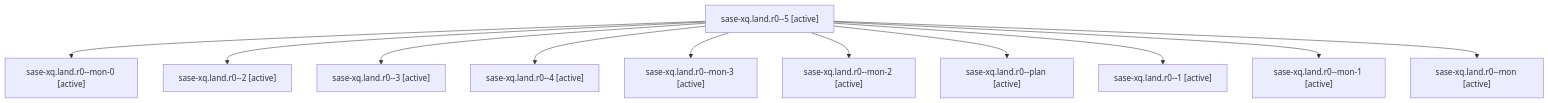
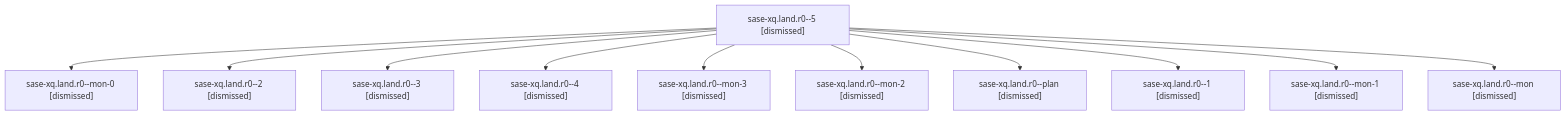
Before and after one commit to sase-org/sase--agents: the diagram in sessions/bbugyi200.athena.sase-xq.land.r0.md, drawn with Mermaid. The commit also changed other lines of this file and 323 other files, not shown here.

````diff
--- a/sessions/bbugyi200.athena.sase-xq.land.r0.md
+++ b/sessions/bbugyi200.athena.sase-xq.land.r0.md
@@ -9,24 +9,24 @@
 ```mermaid
 flowchart TD
-  n0["sase-xq.land.r0--5 [active]"]
-  n1["sase-xq.land.r0--mon-0 [active]"]
+  n0["sase-xq.land.r0--5 [dismissed]"]
+  n1["sase-xq.land.r0--mon-0 [dismissed]"]
   n0 --> n1
-  n2["sase-xq.land.r0--2 [active]"]
+  n2["sase-xq.land.r0--2 [dismissed]"]
   n0 --> n2
-  n3["sase-xq.land.r0--3 [active]"]
+  n3["sase-xq.land.r0--3 [dismissed]"]
   n0 --> n3
-  n4["sase-xq.land.r0--4 [active]"]
+  n4["sase-xq.land.r0--4 [dismissed]"]
   n0 --> n4
-  n5["sase-xq.land.r0--mon-3 [active]"]
+  n5["sase-xq.land.r0--mon-3 [dismissed]"]
   n0 --> n5
-  n6["sase-xq.land.r0--mon-2 [active]"]
+  n6["sase-xq.land.r0--mon-2 [dismissed]"]
   n0 --> n6
-  n7["sase-xq.land.r0--plan [active]"]
+  n7["sase-xq.land.r0--plan [dismissed]"]
   n0 --> n7
-  n8["sase-xq.land.r0--1 [active]"]
+  n8["sase-xq.land.r0--1 [dismissed]"]
   n0 --> n8
-  n9["sase-xq.land.r0--mon-1 [active]"]
+  n9["sase-xq.land.r0--mon-1 [dismissed]"]
   n0 --> n9
-  n10["sase-xq.land.r0--mon [active]"]
+  n10["sase-xq.land.r0--mon [dismissed]"]
   n0 --> n10
 ```
````
